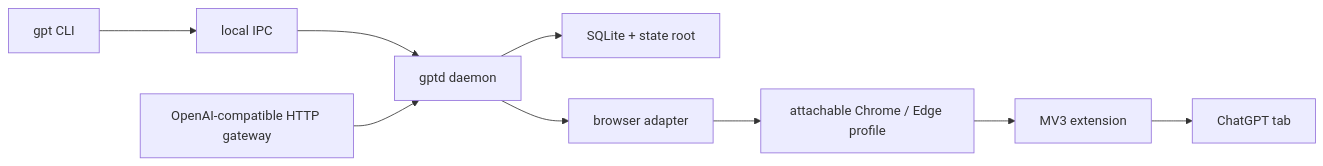
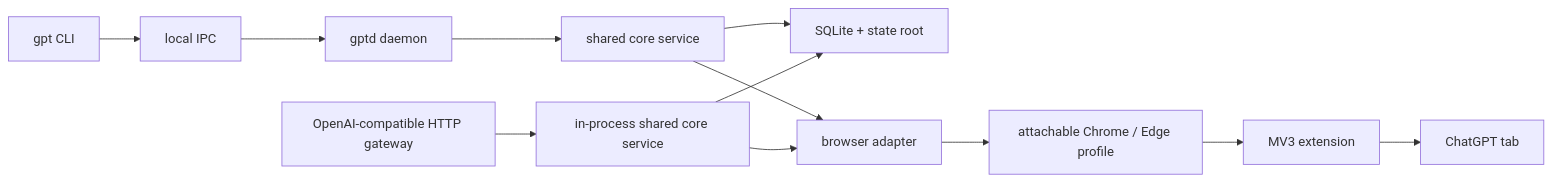
One commit to KeelMatrix/tablinq changed the diagram in docs/architecture.md. Above: the diagram before and after it, drawn with Mermaid. The commit also changed other lines of this file and 2 other files, not shown here.

Commit message:
Clarify browser failure and gateway core boundaries

````diff
--- a/docs/architecture.md
+++ b/docs/architecture.md
@@ -35,11 +35,14 @@
 ```mermaid
 flowchart LR
     CLI["gpt CLI"] --> IPC["local IPC"]
     IPC --> Daemon["gptd daemon"]
-    Daemon --> DB["SQLite + state root"]
-    Daemon --> Adapter["browser adapter"]
+    Daemon --> Core["shared core service"]
+    Gateway["OpenAI-compatible HTTP gateway"] --> GatewayCore["in-process shared core service"]
+    Core --> DB["SQLite + state root"]
+    GatewayCore --> DB
+    Core --> Adapter["browser adapter"]
+    GatewayCore --> Adapter
     Adapter --> Browser["attachable Chrome / Edge profile"]
     Browser --> Extension["MV3 extension"]
     Extension --> Page["ChatGPT tab"]
-    Gateway["OpenAI-compatible HTTP gateway"] --> Daemon
 ```
````
